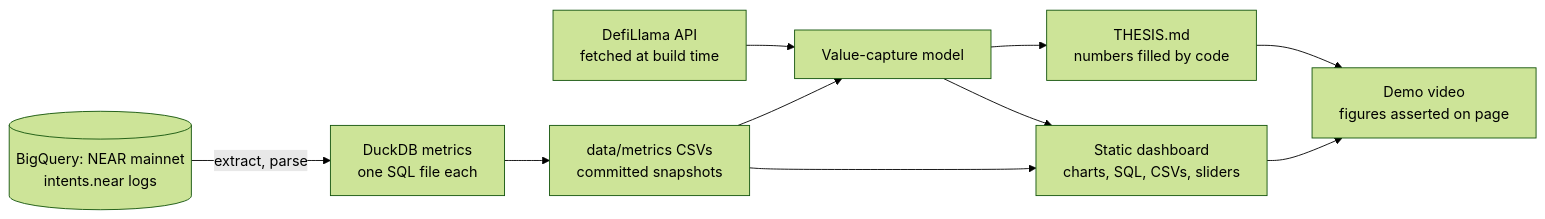
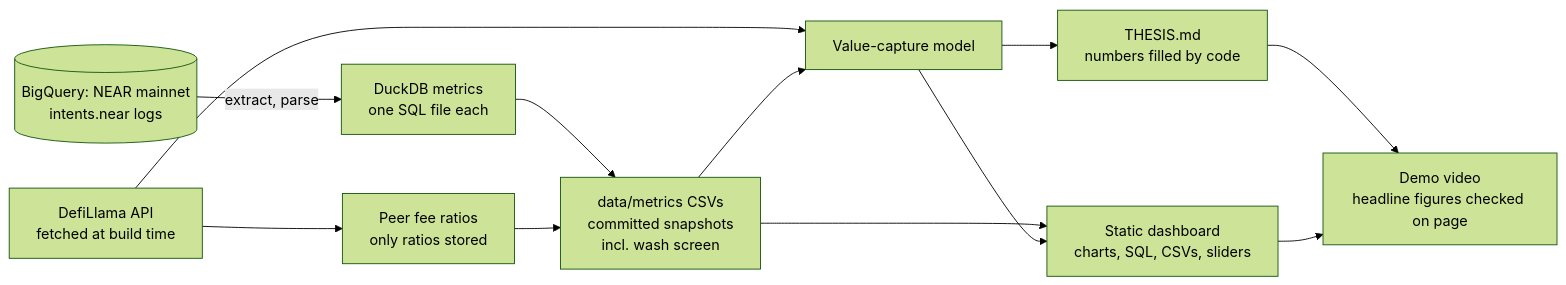
One commit to EmekaManuel/nearquery changed the diagram in README.md. Above: the diagram before and after it, drawn with Mermaid (forest theme). The commit also changed other lines of this file and 2 other files, not shown here.

First line of the commit message:
Tighten the README first screen and fix the on-chain claim

````diff
--- a/README.md
+++ b/README.md
@@ -110,12 +130,14 @@
 ```mermaid
 flowchart LR
   B[(BigQuery: NEAR mainnet<br/>intents.near logs)] -->|extract, parse| D[DuckDB metrics<br/>one SQL file each]
   L[DefiLlama API<br/>fetched at build time] --> M[Value-capture model]
-  D --> C[data/metrics CSVs<br/>committed snapshots]
+  D --> C[data/metrics CSVs<br/>committed snapshots<br/>incl. wash screen]
+  L --> P[Peer fee ratios<br/>only ratios stored]
+  P --> C
   C --> M
   M --> T[THESIS.md<br/>numbers filled by code]
   C --> W[Static dashboard<br/>charts, SQL, CSVs, sliders]
   M --> W
-  T --> V[Demo video<br/>figures asserted on page]
+  T --> V[Demo video<br/>headline figures checked on page]
   W --> V
 ```
````
